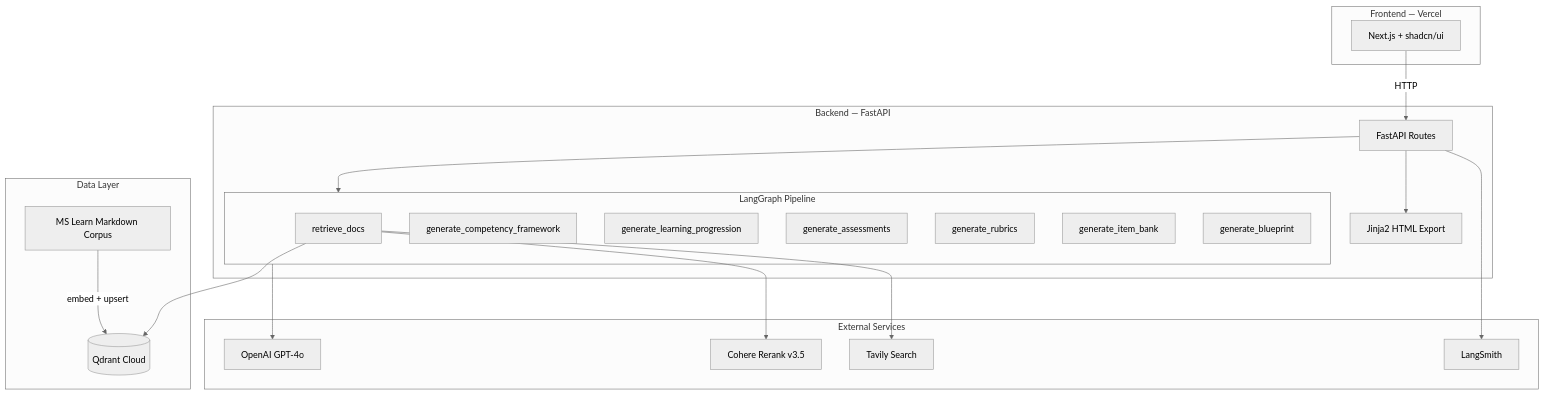
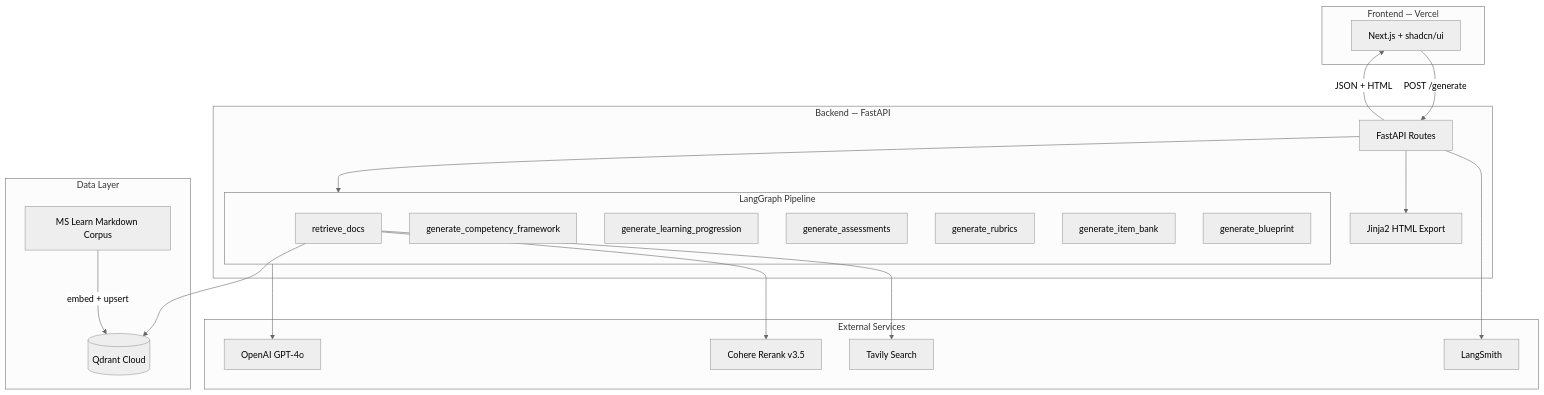
One commit to jmatamatics/CertOps changed the diagram in README.md. Above: the diagram before and after it, drawn with Mermaid (neutral theme).

Commit message:
Add response arrow to architecture diagram showing JSON + HTML return to frontend
Made-with: Cursor

````diff
--- a/README.md
+++ b/README.md
@@ -33,42 +33,43 @@
 ```mermaid
 flowchart TB
     subgraph frontend ["Frontend — Vercel"]
         NextJS["Next.js + shadcn/ui"]
     end
 
     subgraph backend ["Backend — FastAPI"]
         API["FastAPI Routes"]
         subgraph pipeline ["LangGraph Pipeline"]
             Retrieve["retrieve_docs"]
             Framework["generate_competency_framework"]
             Progression["generate_learning_progression"]
             Assessments["generate_assessments"]
             Rubrics["generate_rubrics"]
             ItemBank["generate_item_bank"]
             Blueprint["generate_blueprint"]
         end
         Templates["Jinja2 HTML Export"]
     end
 
     subgraph data ["Data Layer"]
         Qdrant[("Qdrant Cloud")]
         Corpus["MS Learn Markdown Corpus"]
     end
 
     subgraph services ["External Services"]
         OpenAI["OpenAI GPT-4o"]
         Cohere["Cohere Rerank v3.5"]
         Tavily["Tavily Search"]
         LangSmith["LangSmith"]
     end
 
-    NextJS -->|HTTP| API
+    NextJS -->|"POST /generate"| API
+    API -->|"JSON + HTML"| NextJS
     API --> pipeline
     Retrieve --> Qdrant
     Retrieve --> Cohere
     Retrieve --> Tavily
     pipeline --> OpenAI
     Corpus -->|"embed + upsert"| Qdrant
     API --> LangSmith
     API --> Templates
 ```
````
